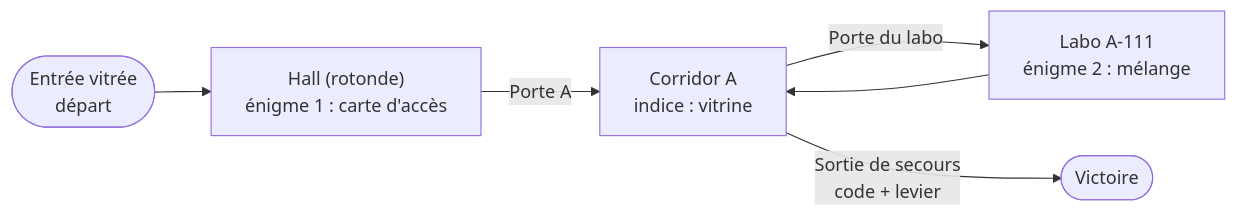
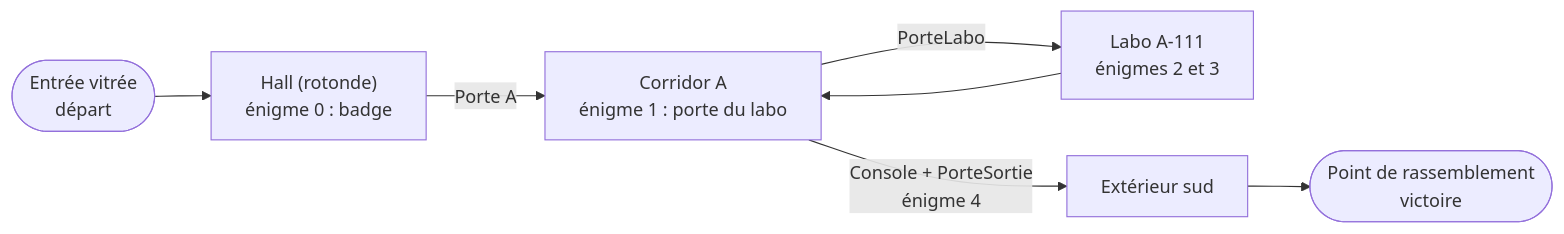
The diagram in docs/environnement/plan-laboratoire.md (escape-lab-vr/escape-room-vr), drawn with Mermaid before and after one commit. The commit also changed other lines of this file, not shown here.

````diff
--- a/docs/environnement/plan-laboratoire.md
+++ b/docs/environnement/plan-laboratoire.md
@@ -25,8 +29,9 @@
 ```mermaid
 flowchart LR
-    E(["Entrée vitrée<br/>départ"]) --> H["Hall (rotonde)<br/>énigme 1 : carte d'accès"]
-    H -->|Porte A| C["Corridor A<br/>indice : vitrine"]
-    C -->|Porte du labo| L["Labo A-111<br/>énigme 2 : mélange"]
+    E(["Entrée vitrée<br/>départ"]) --> H["Hall (rotonde)<br/>énigme 0 : badge"]
+    H -->|Porte A| C["Corridor A<br/>énigme 1 : porte du labo"]
+    C -->|PorteLabo| L["Labo A-111<br/>énigmes 2 et 3"]
     L --> C
-    C -->|Sortie de secours<br/>code + levier| V(["Victoire"])
+    C -->|Console + PorteSortie<br/>énigme 4| X["Extérieur sud"]
+    X --> R(["Point de rassemblement<br/>victoire"])
 ```
````
